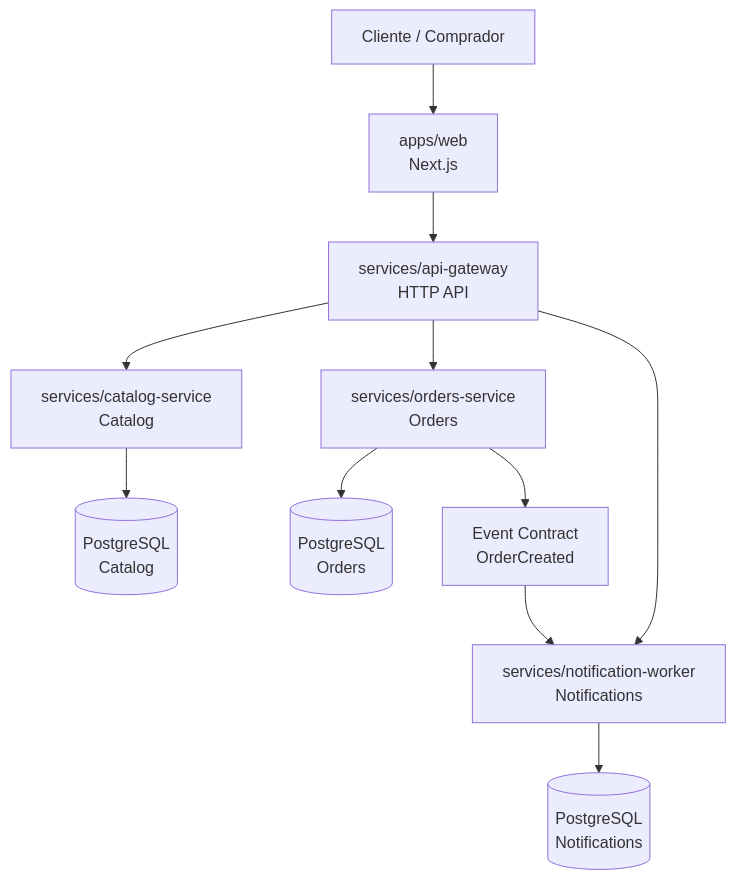
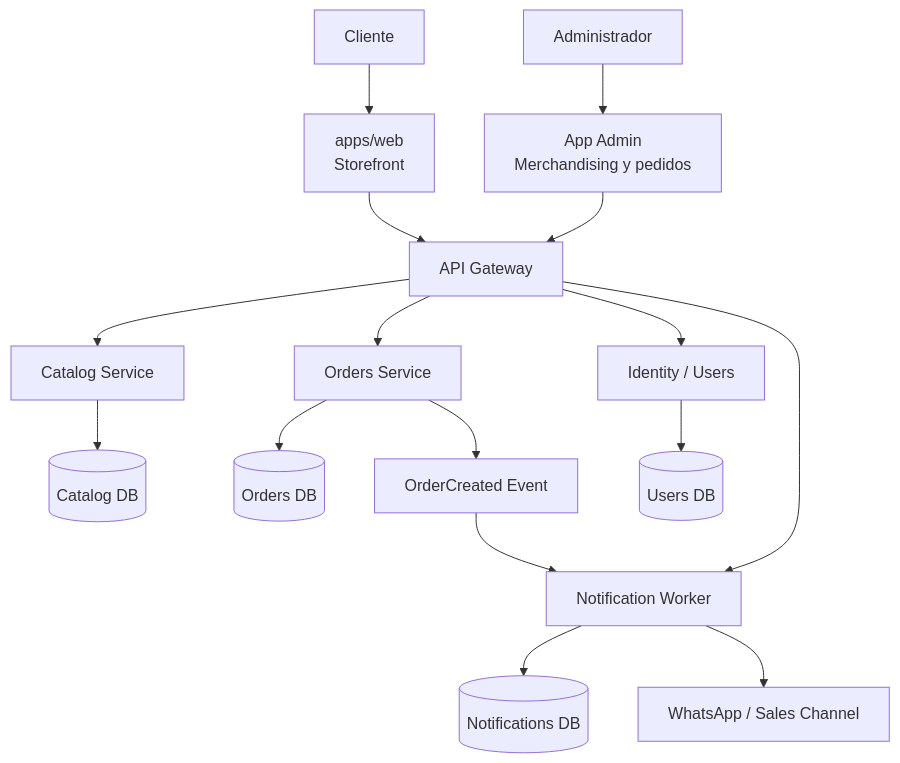
Before and after one commit to HectorARiascosI/mileshop-platform: the first of 6 diagrams in docs/wiki/architecture-overview.md, drawn with Mermaid. The commit also changed other lines of this file and 8 other files, not shown here.

Commit message:
fix(checkout): enforce customer identity before order creation

````diff
--- a/docs/wiki/architecture-overview.md
+++ b/docs/wiki/architecture-overview.md
@@ -11,16 +36,21 @@
 ```mermaid
 flowchart TD
-    U[Cliente / Comprador] --> W[apps/web\nNext.js]
-    W --> G[services/api-gateway\nHTTP API]
+    C[Cliente] --> W[apps/web\nStorefront]
+    A[Administrador] --> ADM[App Admin\nMerchandising y pedidos]
+    W --> G[API Gateway]
+    ADM --> G
 
-    G --> C[services/catalog-service\nCatalog]
-    G --> O[services/orders-service\nOrders]
-    G --> N[services/notification-worker\nNotifications]
+    G --> CAT[Catalog Service]
+    G --> ORD[Orders Service]
+    G --> AUTH[Identity / Users]
+    G --> NOT[Notification Worker]
 
-    C --> P[(PostgreSQL\nCatalog)]
-    O --> Q[(PostgreSQL\nOrders)]
-    N --> R[(PostgreSQL\nNotifications)]
+    CAT --> D1[(Catalog DB)]
+    ORD --> D2[(Orders DB)]
+    AUTH --> D3[(Users DB)]
+    NOT --> D4[(Notifications DB)]
 
-    O --> E[Event Contract\nOrderCreated]
-    E --> N
+    ORD --> EV[OrderCreated Event]
+    EV --> NOT
+    NOT --> WA[WhatsApp / Sales Channel]
 ```
````
